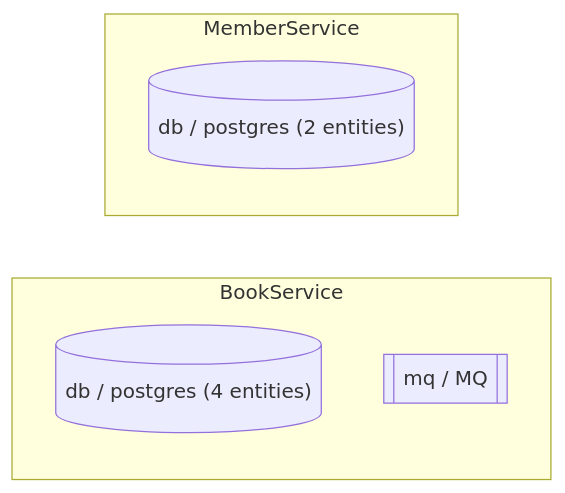
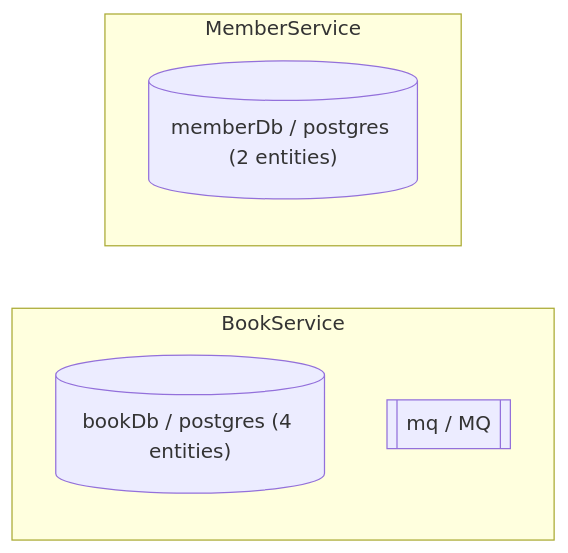
Before and after one commit to keturk/datrix: the diagram in examples/01-tutorial/10-multiple-services/docs/diagrams/infrastructure.md, drawn with Mermaid. The commit also changed 158 other files, not shown here.

First line of the commit message:
Examples: name RDBMS blocks and align diagrams/docs with multi-datasource style

````diff
--- a/examples/01-tutorial/10-multiple-services/docs/diagrams/infrastructure.md
+++ b/examples/01-tutorial/10-multiple-services/docs/diagrams/infrastructure.md
@@ -3,10 +3,10 @@
 ```mermaid
 graph LR
     subgraph "BookService"
-    book_service_rdbms_db[("db / postgres (4 entities)")]
+    book_service_rdbms_book_db[("bookDb / postgres (4 entities)")]
     book_service_mq_mq[["mq / MQ"]]
     end
     subgraph "MemberService"
-    member_service_rdbms_db[("db / postgres (2 entities)")]
+    member_service_rdbms_member_db[("memberDb / postgres (2 entities)")]
     end
 ```
````
